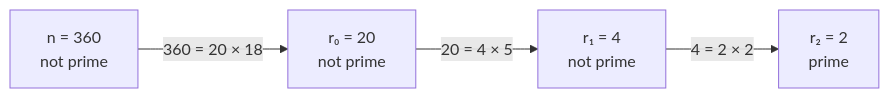
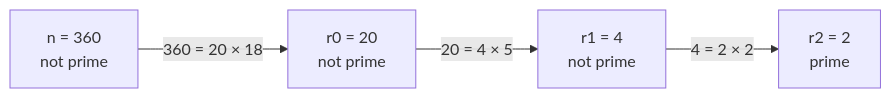
The first of 5 diagrams in Lecture-Notes/Ch04_Elementary-Number-Theory-and-Methods-of-Proof/Concepts_Lecture.md (Choroning/25Fall_Discrete-Mathematics), drawn with Mermaid before and after one commit. The commit also changed other lines of this file and 37 other files, not shown here.

````diff
--- a/Lecture-Notes/Ch04_Elementary-Number-Theory-and-Methods-of-Proof/Concepts_Lecture.md
+++ b/Lecture-Notes/Ch04_Elementary-Number-Theory-and-Methods-of-Proof/Concepts_Lecture.md
@@ -635,6 +643,6 @@
 ```mermaid
 graph LR
-    N["n = 360<br>not prime"] -->|"360 = 20 × 18"| R0["r₀ = 20<br>not prime"]
-    R0 -->|"20 = 4 × 5"| R1["r₁ = 4<br>not prime"]
-    R1 -->|"4 = 2 × 2"| R2["r₂ = 2<br>prime"]
+    N["n = 360<br>not prime"] -->|"360 = 20 × 18"| R0["r0 = 20<br>not prime"]
+    R0 -->|"20 = 4 × 5"| R1["r1 = 4<br>not prime"]
+    R1 -->|"4 = 2 × 2"| R2["r2 = 2<br>prime"]
 ```
````
